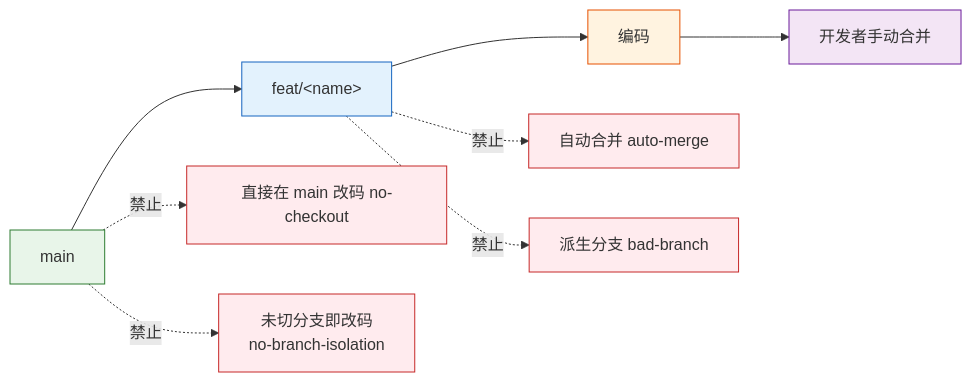
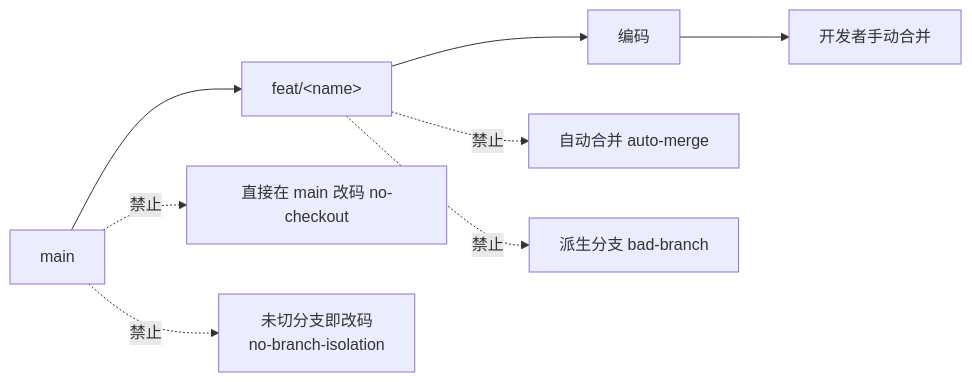
One commit to effiy/YrY changed the third of 10 diagrams in rules/code-pipeline.md. Above: the diagram before and after it, drawn with Mermaid. The commit also changed other lines of this file and 61 other files, not shown here.

````diff
--- a/rules/code-pipeline.md
+++ b/rules/code-pipeline.md
@@ -85,16 +78,11 @@
 ```mermaid
 flowchart LR
     MAIN["main"]:::base --> FB["feat/&lt;name&gt;"]:::feat
     FB --> CODE["编码"]:::work
     CODE --> MR["开发者手动合并"]:::manual
     FB -.->|"禁止"| X1["自动合并 auto-merge"]:::block
     MAIN -.->|"禁止"| X2["直接在 main 改码 no-checkout"]:::block
     FB -.->|"禁止"| X3["派生分支 bad-branch"]:::block
     MAIN -.->|"禁止"| X4["未切分支即改码<br/>no-branch-isolation"]:::block
 
-    classDef base fill:#e8f5e9,stroke:#2e7d32;
-    classDef feat fill:#e3f2fd,stroke:#1565c0;
-    classDef work fill:#fff3e0,stroke:#e65100;
-    classDef manual fill:#f3e5f5,stroke:#6a1b9a;
-    classDef block fill:#ffebee,stroke:#c62828;
 ```
````
